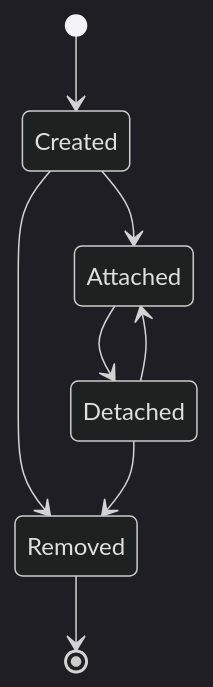
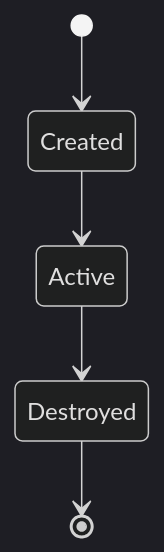
One commit to RomanBuchert/VirtUSB changed the third of 11 diagrams in doc/requirements/backend-requirements.md. Above: the diagram before and after it, drawn with Mermaid (dark theme). The commit also changed other lines of this file and 6 other files, not shown here.

First line of the commit message:
docs: refine architecture and requirements documentation (WIP)

````diff
--- a/doc/requirements/backend-requirements.md
+++ b/doc/requirements/backend-requirements.md
@@ -211,10 +275,9 @@
 ```mermaid
 stateDiagram-v2
     [*] --> Created
-    Created --> Attached
-    Attached --> Detached
-    Detached --> Attached
-    Created --> Removed
-    Detached --> Removed
-    Removed --> [*]
+
+    Created --> Active
+    Active --> Destroyed
+
+    Destroyed --> [*]
 ```
````
